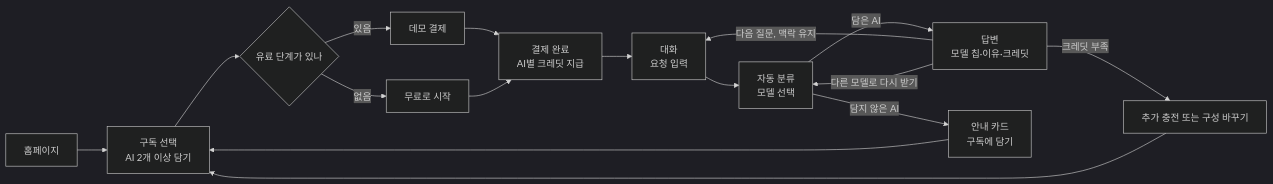
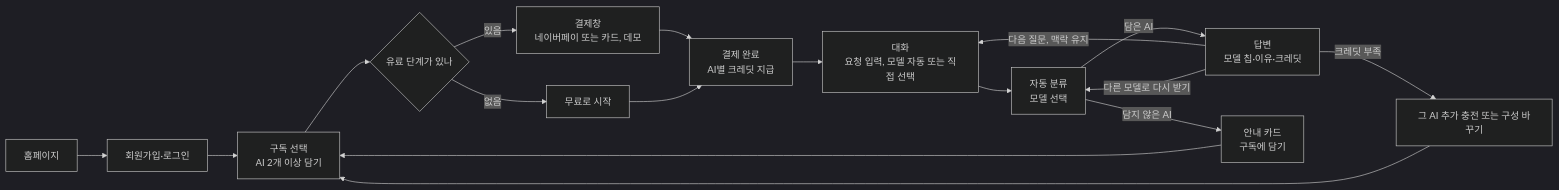
The diagram in PRD/siempre mvp prd.md (bunnyjeong022204-alt/Siempre), drawn with Mermaid (dark theme) before and after one commit. The commit also changed other lines of this file, not shown here.

````diff
--- a/PRD/siempre mvp prd.md
+++ b/PRD/siempre mvp prd.md
@@ -250,18 +285,19 @@
 ```mermaid
 flowchart LR
-  A[홈페이지] --> B[구독 선택<br/>AI 2개 이상 담기]
+  A[홈페이지] --> L[회원가입·로그인]
+  L --> B[구독 선택<br/>AI 2개 이상 담기]
   B --> C{유료 단계가 있나}
-  C -- 있음 --> D[데모 결제]
+  C -- 있음 --> D[결제창<br/>네이버페이 또는 카드, 데모]
   C -- 없음 --> E[무료로 시작]
   D --> F[결제 완료<br/>AI별 크레딧 지급]
   E --> F
-  F --> G[대화<br/>요청 입력]
+  F --> G[대화<br/>요청 입력, 모델 자동 또는 직접 선택]
   G --> H[자동 분류<br/>모델 선택]
   H -- 담은 AI --> I[답변<br/>모델 칩·이유·크레딧]
   H -- 담지 않은 AI --> J[안내 카드<br/>구독에 담기]
   J --> B
   I -- 다음 질문, 맥락 유지 --> G
   I -- 다른 모델로 다시 받기 --> H
-  I -- 크레딧 부족 --> K[추가 충전 또는 구성 바꾸기]
+  I -- 크레딧 부족 --> K[그 AI 추가 충전 또는 구성 바꾸기]
   K --> B
 ```
````
